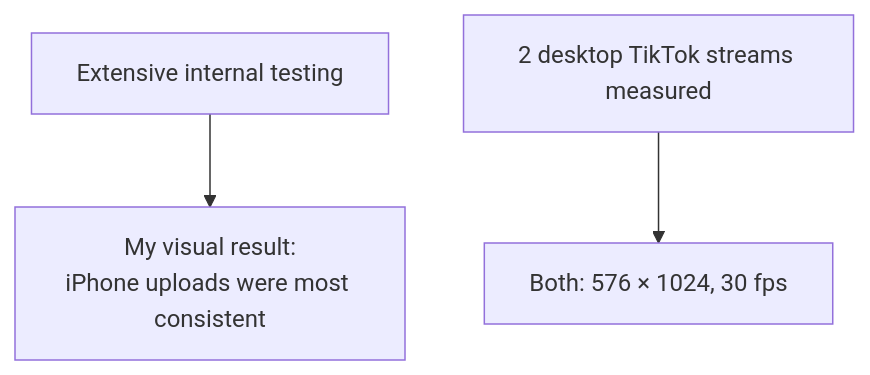
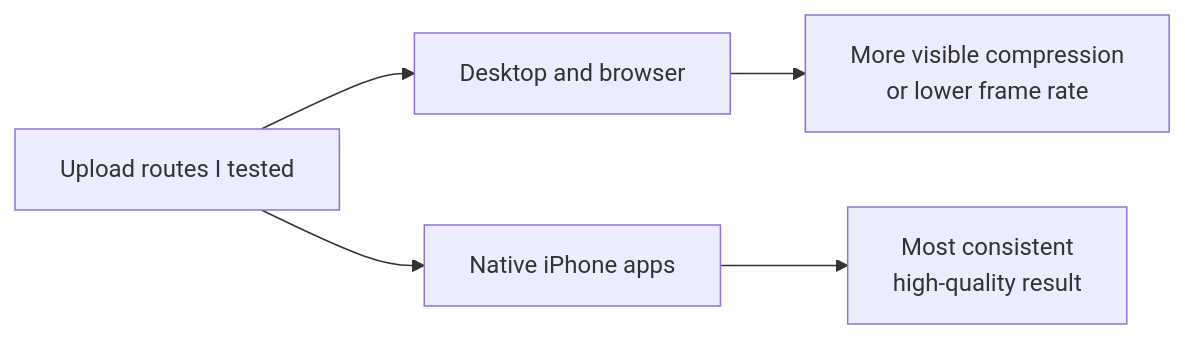
The second of 3 diagrams in 4k60-native-ingest/README.md (thedevmark/engineering-notes), drawn with Mermaid before and after one commit. The commit also changed other lines of this file and 1 other file, not shown here.

````diff
--- a/4k60-native-ingest/README.md
+++ b/4k60-native-ingest/README.md
@@ -25,5 +29,7 @@
 ```mermaid
-flowchart TB
-    A[Extensive internal testing] --> B[My visual result:<br/>iPhone uploads were most consistent]
-    C[2 desktop TikTok streams measured] --> D[Both: 576 × 1024, 30 fps]
+flowchart LR
+    A[Upload routes I tested] --> B[Desktop and browser]
+    A --> C[Native iPhone apps]
+    B --> D[More visible compression<br/>or lower frame rate]
+    C --> E[Most consistent<br/>high-quality result]
 ```
````
